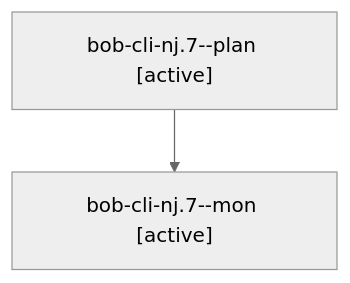
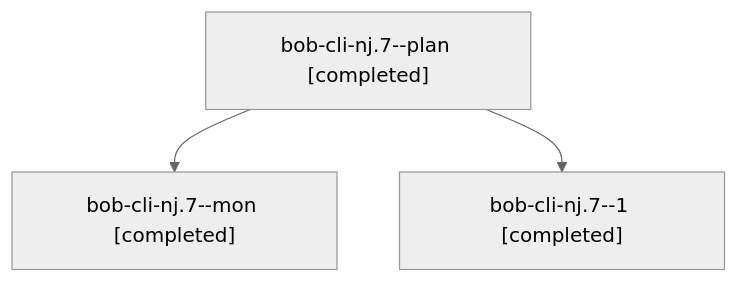
One commit to bobs-org/bob-cli--agents changed the diagram in sessions/bbugyi200.apollo.bob-cli-nj.7.md. Above: the diagram before and after it, drawn with Mermaid (neutral theme). The commit also changed other lines of this file and 46 other files, not shown here.

````diff
--- a/sessions/bbugyi200.apollo.bob-cli-nj.7.md
+++ b/sessions/bbugyi200.apollo.bob-cli-nj.7.md
@@ -9,6 +9,8 @@
 ```mermaid
 flowchart TD
-  n0["bob-cli-nj.7--plan [active]"]
-  n1["bob-cli-nj.7--mon [active]"]
+  n0["bob-cli-nj.7--plan [completed]"]
+  n1["bob-cli-nj.7--mon [completed]"]
   n0 --> n1
+  n2["bob-cli-nj.7--1 [completed]"]
+  n0 --> n2
 ```
````
